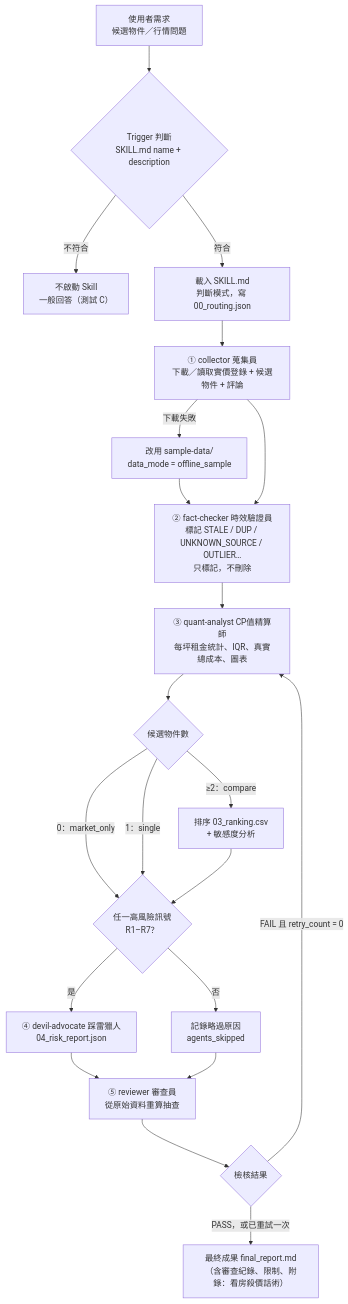
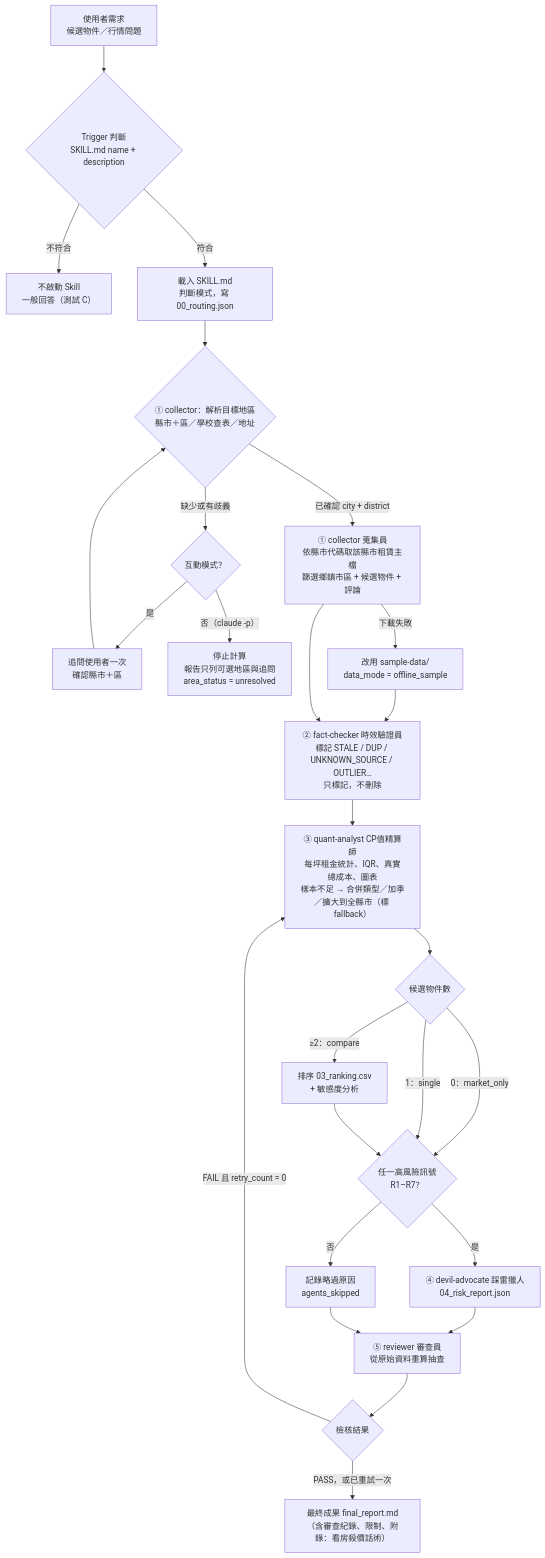
Before and after one commit to soymilk0211/BigData: the diagram in week11/規格書.md, drawn with Mermaid. The commit also changed other lines of this file and 2 other files, not shown here.

Commit message:
week11: spec v1.1 nationwide (any city/district), add assignment text

````diff
--- a/week11/規格書.md
+++ b/week11/規格書.md
@@ -108,23 +113,28 @@
 ```mermaid
 flowchart TD
     U["使用者需求<br/>候選物件／行情問題"] --> T{"Trigger 判斷<br/>SKILL.md name + description"}
     T -- "不符合" --> N["不啟動 Skill<br/>一般回答（測試 C）"]
     T -- "符合" --> S["載入 SKILL.md<br/>判斷模式，寫 00_routing.json"]
-    S --> C["① collector 蒐集員<br/>下載／讀取實價登錄 + 候選物件 + 評論"]
+    S --> AR{"① collector：解析目標地區<br/>縣市＋區／學校查表／地址"}
+    AR -- "缺少或有歧義" --> AQ{"互動模式？"}
+    AQ -- "是" --> ASK["追問使用者一次<br/>確認縣市＋區"]
+    ASK --> AR
+    AQ -- "否（claude -p）" --> AX["停止計算<br/>報告只列可選地區與追問<br/>area_status = unresolved"]
+    AR -- "已確認 city + district" --> C["① collector 蒐集員<br/>依縣市代碼取該縣市租賃主檔<br/>篩選鄉鎮市區 + 候選物件 + 評論"]
     C -- "下載失敗" --> CS["改用 sample-data/<br/>data_mode = offline_sample"]
     CS --> F
     C --> F["② fact-checker 時效驗證員<br/>標記 STALE / DUP / UNKNOWN_SOURCE / OUTLIER…<br/>只標記，不刪除"]
-    F --> Q["③ quant-analyst CP值精算師<br/>每坪租金統計、IQR、真實總成本、圖表"]
+    F --> Q["③ quant-analyst CP值精算師<br/>每坪租金統計、IQR、真實總成本、圖表<br/>樣本不足 → 合併類型／加季／擴大到全縣市（標 fallback）"]
     Q --> MQ{"候選物件數"}
     MQ -- "0：market_only" --> RS
     MQ -- "1：single" --> RS
     MQ -- "≥2：compare" --> RK["排序 03_ranking.csv<br/>+ 敏感度分析"]
     RK --> RS{"任一高風險訊號<br/>R1–R7？"}
     RS -- "是" --> D["④ devil-advocate 踩雷獵人<br/>04_risk_report.json"]
     RS -- "否" --> SK["記錄略過原因<br/>agents_skipped"]
     D --> V
     SK --> V["⑤ reviewer 審查員<br/>從原始資料重算抽查"]
     V --> P{"檢核結果"}
     P -- "FAIL 且 retry_count = 0" --> Q
     P -- "PASS，或已重試一次" --> O["最終成果 final_report.md<br/>（含審查紀錄、限制、附錄：看房殺價話術）"]
 ```
````
